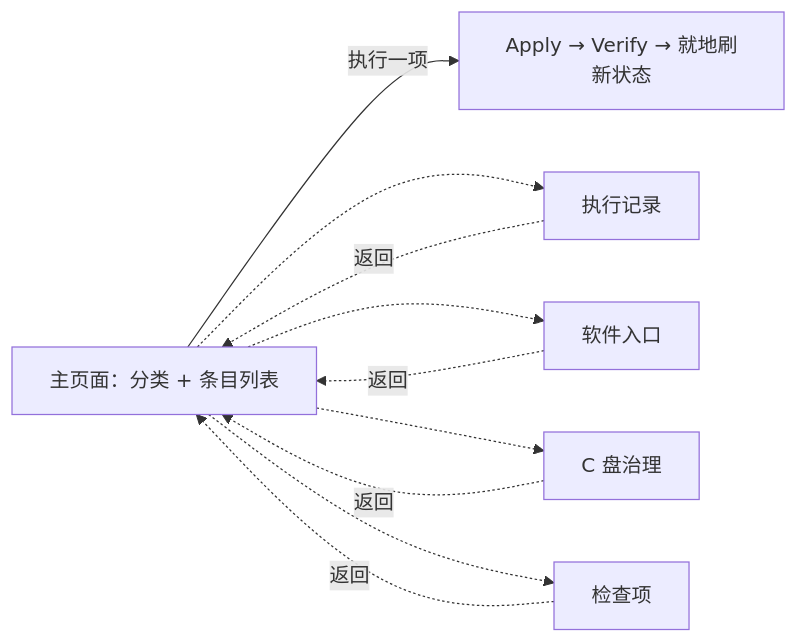
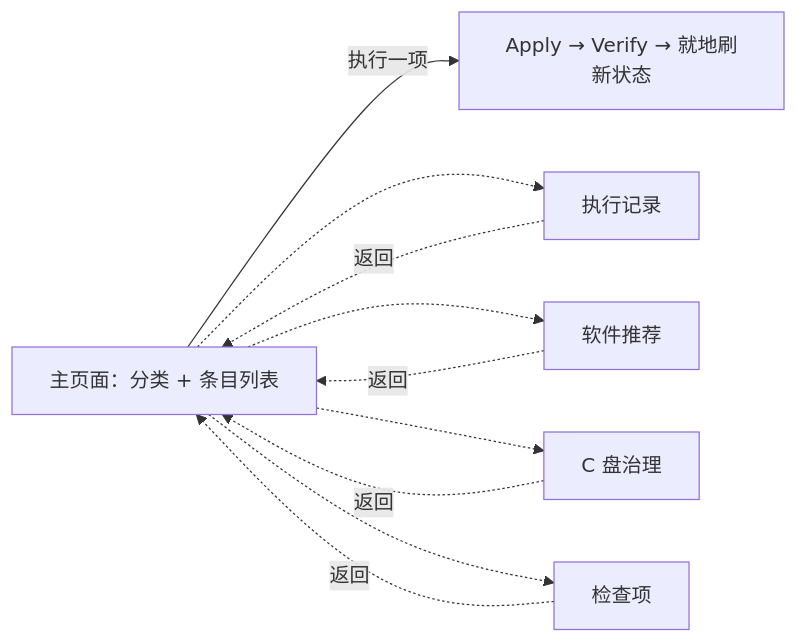
The eighth of 8 diagrams in docs/02-用例与用户流程.md (CookPiu/WinHomestead), drawn with Mermaid before and after one commit. The commit also changed other lines of this file and 17 other files, not shown here.

````diff
--- a/docs/02-用例与用户流程.md
+++ b/docs/02-用例与用户流程.md
@@ -428,12 +431,12 @@
 ```mermaid
 flowchart LR
   H[主页面：分类 + 条目列表] -->|执行一项| R[Apply → Verify → 就地刷新状态]
   H -.-> S1[执行记录]
-  H -.-> S2[软件入口]
+  H -.-> S2[软件推荐]
   H -.-> S3[C 盘治理]
   H -.-> S4[检查项]
   S1 -.返回.-> H
   S2 -.返回.-> H
   S3 -.返回.-> H
   S4 -.返回.-> H
 ```
````
